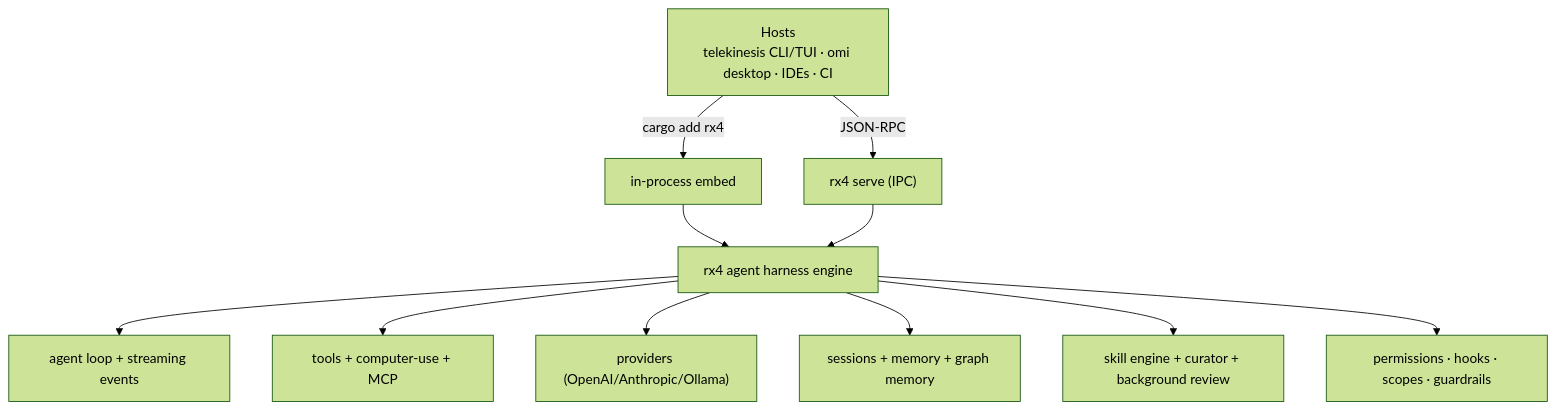
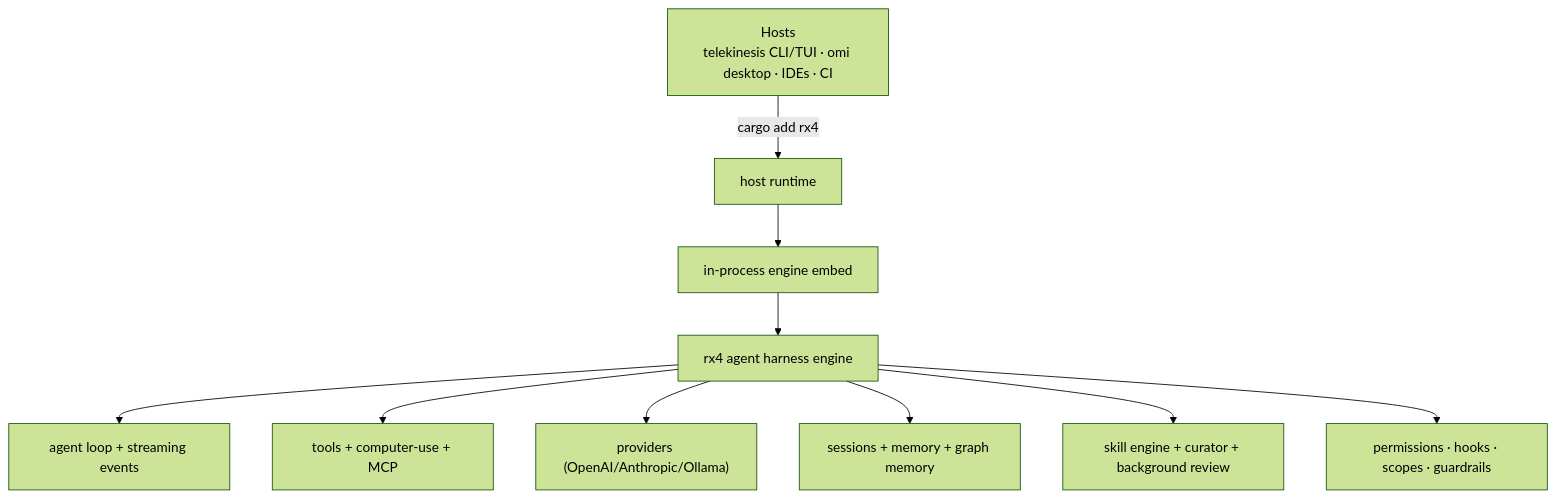
Before and after one commit to tschk/rotary: the first of 3 diagrams in README.md, drawn with Mermaid (forest theme). The commit also changed other lines of this file and 3 other files, not shown here.

Commit message:
docs: clarify engine host boundary

````diff
--- a/README.md
+++ b/README.md
@@ -15,14 +15,13 @@
 ```mermaid
 graph TD
   Host["Hosts<br/>telekinesis CLI/TUI · omi desktop · IDEs · CI"]
-  Host -->|cargo add rx4| Embed["in-process embed"]
-  Host -->|JSON-RPC| Serve["rx4 serve (IPC)"]
+  Host -->|cargo add rx4| Runtime["host runtime"]
+  Runtime --> Embed["in-process engine embed"]
   Embed --> Engine["rx4 agent harness engine"]
-  Serve --> Engine
   Engine --> Loop["agent loop + streaming events"]
   Engine --> Tools["tools + computer-use + MCP"]
   Engine --> Prov["providers (OpenAI/Anthropic/Ollama)"]
   Engine --> Sess["sessions + memory + graph memory"]
   Engine --> Skills["skill engine + curator + background review"]
   Engine --> Ctrl["permissions · hooks · scopes · guardrails"]
 ```
````
